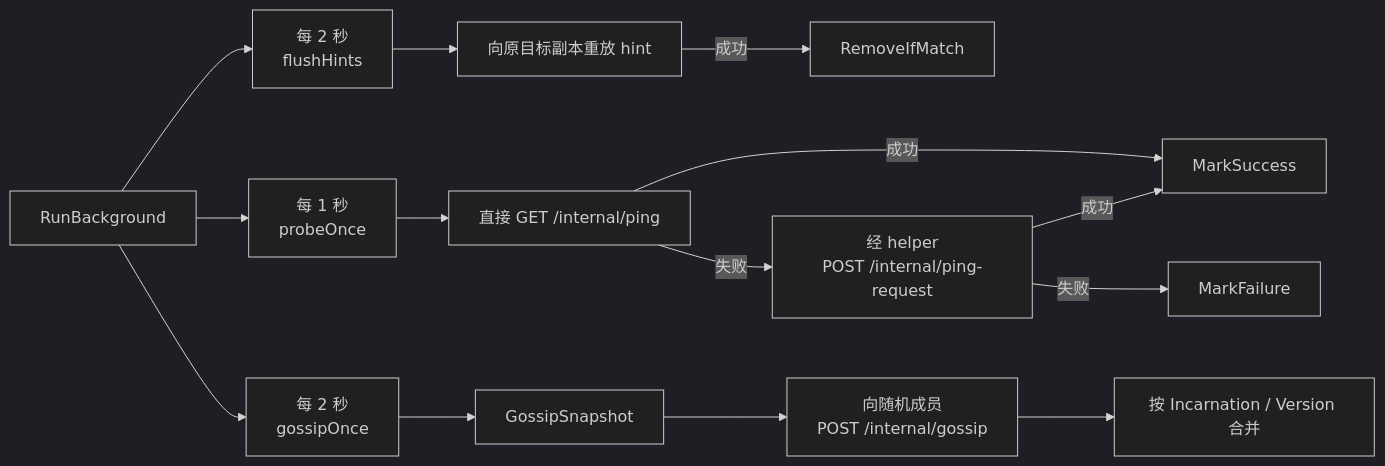
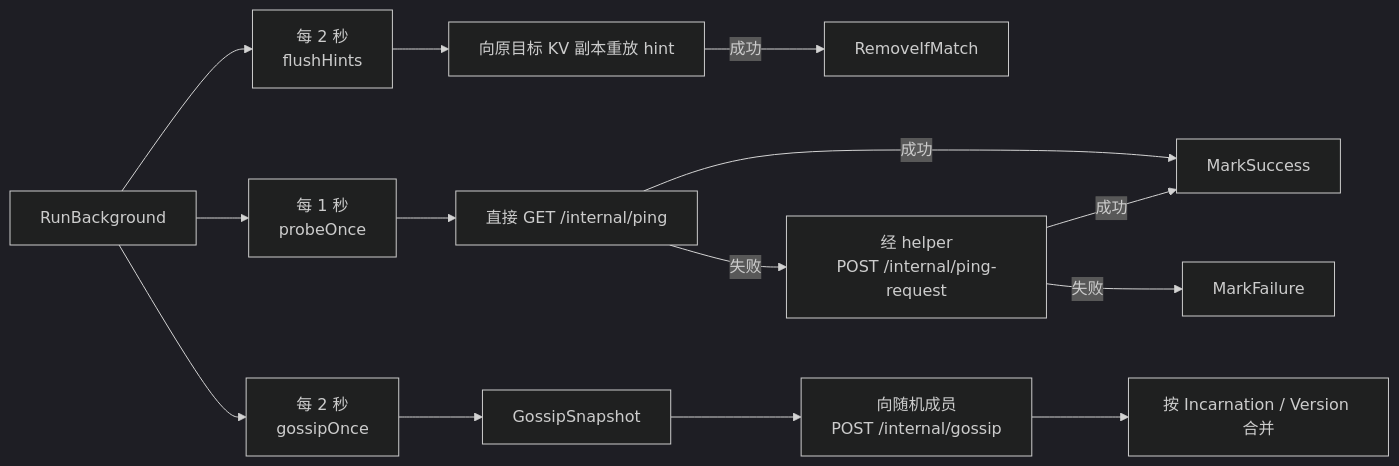
The seventh of 9 diagrams in ARCHITECTURE.md (huanzichen00/minidist), drawn with Mermaid (dark theme) before and after one commit. The commit also changed other lines of this file, not shown here.

````diff
--- a/ARCHITECTURE.md
+++ b/ARCHITECTURE.md
@@ -410,24 +480,24 @@
 ```mermaid
 flowchart LR
     BG[RunBackground]
     H[每 2 秒\nflushHints]
     P[每 1 秒\nprobeOnce]
     G[每 2 秒\ngossipOnce]
 
     BG --> H
     BG --> P
     BG --> G
 
-    H --> HR[向原目标副本重放 hint]
+    H --> HR[向原目标 KV 副本重放 hint]
     HR -->|成功| HD[RemoveIfMatch]
 
     P --> DP[直接 GET /internal/ping]
     DP -->|失败| IP[经 helper\nPOST /internal/ping-request]
     DP -->|成功| Alive[MarkSuccess]
     IP -->|成功| Alive
     IP -->|失败| Failure[MarkFailure]
 
     G --> GS[GossipSnapshot]
     GS --> GP[向随机成员\nPOST /internal/gossip]
     GP --> Merge[按 Incarnation / Version 合并]
 ```
````
